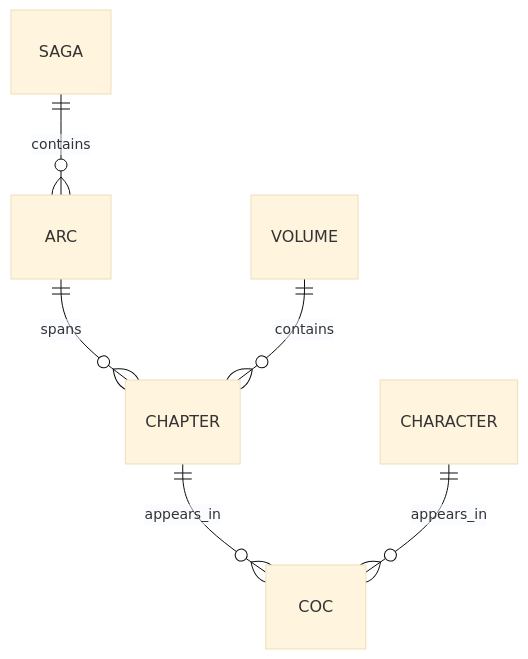
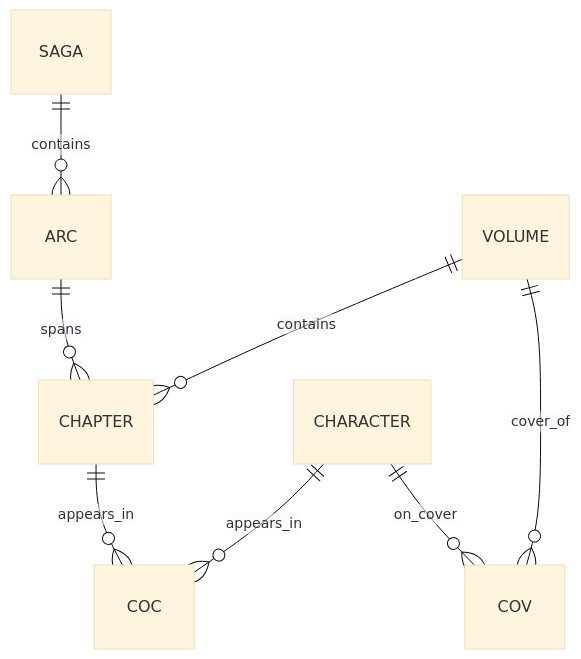
Before and after one commit to ismailsunni/onepieceofdata: the fourth of 5 diagrams in README.md, drawn with Mermaid (base theme). The commit also changed other lines of this file, not shown here.

First line of the commit message:
docs: rewrite README with project flow charts

````diff
--- a/README.md
+++ b/README.md
@@ -29,8 +192,10 @@
 ```mermaid
 erDiagram
     SAGA ||--o{ ARC : contains
     ARC ||--o{ CHAPTER : spans
     VOLUME ||--o{ CHAPTER : contains
     CHAPTER ||--o{ COC : appears_in
     CHARACTER ||--o{ COC : appears_in
+    VOLUME ||--o{ COV : cover_of
+    CHARACTER ||--o{ COV : on_cover
 ```
````
